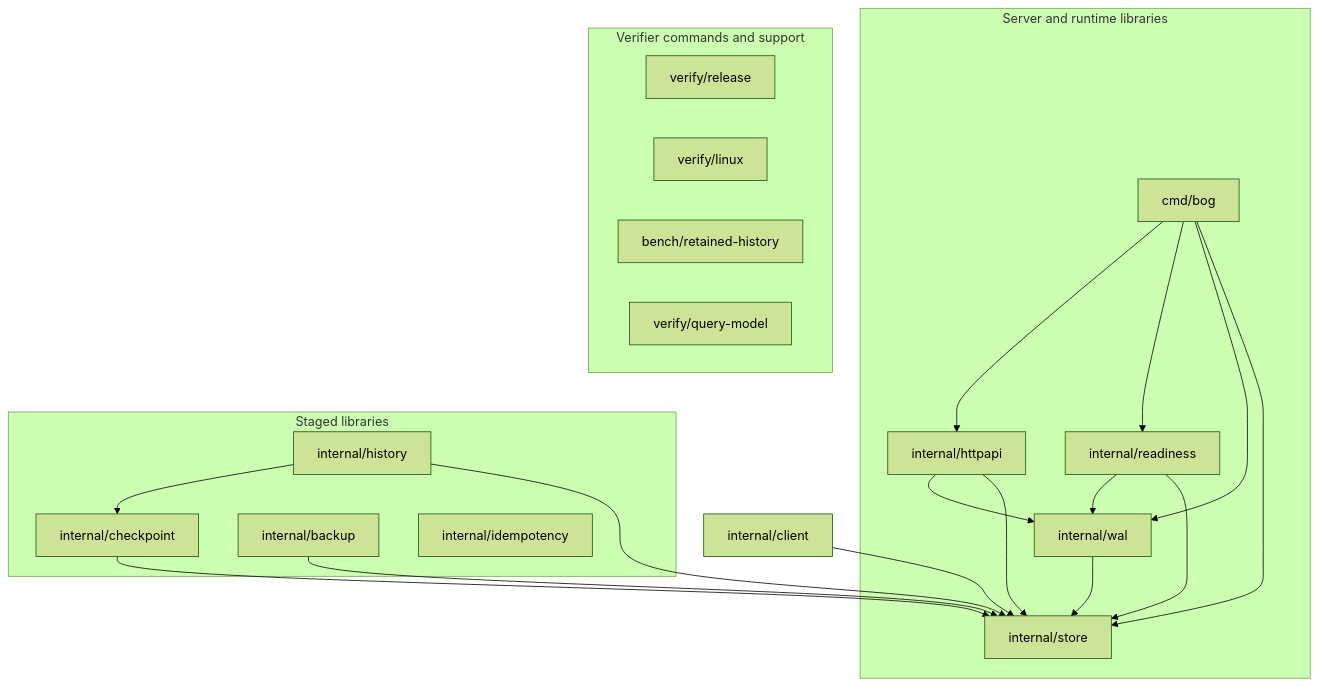
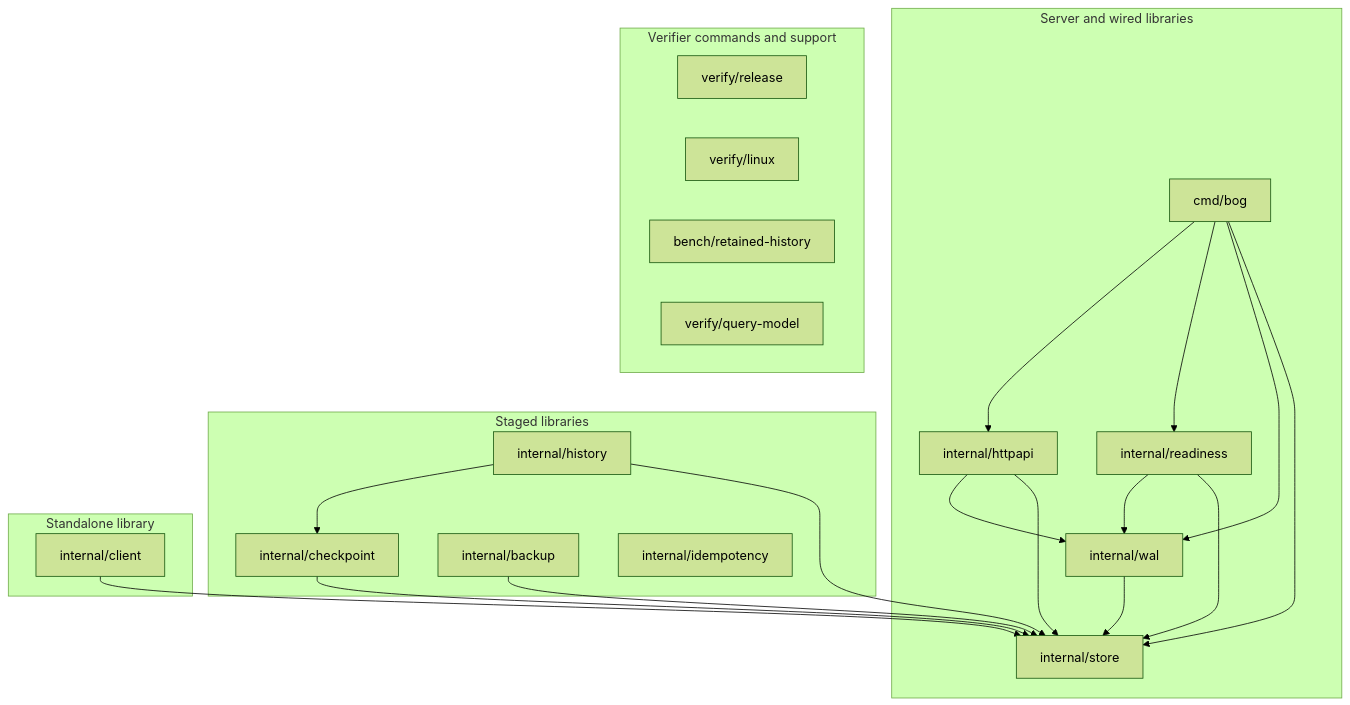
Before and after one commit to tflynn3/bog: the diagram in docs/architecture/SYSTEM.md, drawn with Mermaid (forest theme). The commit also changed other lines of this file and 3 other files, not shown here.

Commit message:
bog: Maintain the retained cutover architecture and Linux fitness rules

````diff
--- a/docs/architecture/SYSTEM.md
+++ b/docs/architecture/SYSTEM.md
@@ -21,36 +23,39 @@
 ```mermaid
 flowchart TD
-    subgraph Runtime["Server and runtime libraries"]
+    subgraph Runtime["Server and wired libraries"]
         Cmd["cmd/bog"]
         HTTP["internal/httpapi"]
         Ready["internal/readiness"]
         WAL["internal/wal"]
         Store["internal/store"]
         Cmd --> HTTP
         Cmd --> Ready
         Cmd --> WAL
         Cmd --> Store
         HTTP --> WAL
         HTTP --> Store
         Ready --> WAL
         Ready --> Store
         WAL --> Store
     end
     subgraph Staged["Staged libraries"]
         Checkpoint["internal/checkpoint"]
         History["internal/history"]
         Backup["internal/backup"]
         Idempotency["internal/idempotency"]
         History --> Checkpoint
     end
     Checkpoint --> Store
     History --> Store
     Backup --> Store
-    Client["internal/client"] --> Store
+    subgraph Standalone["Standalone library"]
+        Client["internal/client"]
+    end
+    Client --> Store
     subgraph Evidence["Verifier commands and support"]
         Admission["verify/release"]
         Durability["verify/linux"]
         Capacity["bench/retained-history"]
         Model["verify/query-model"]
     end
 ```
````
